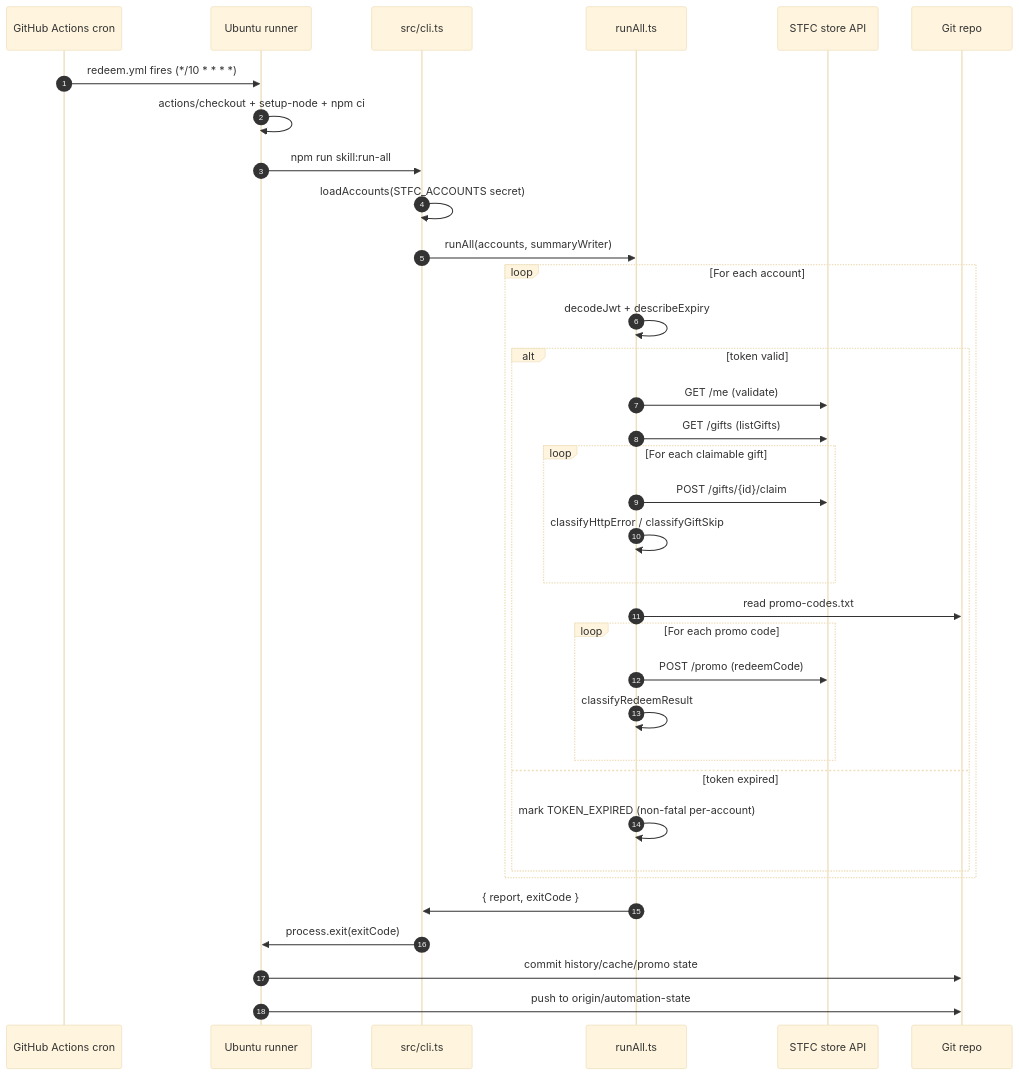
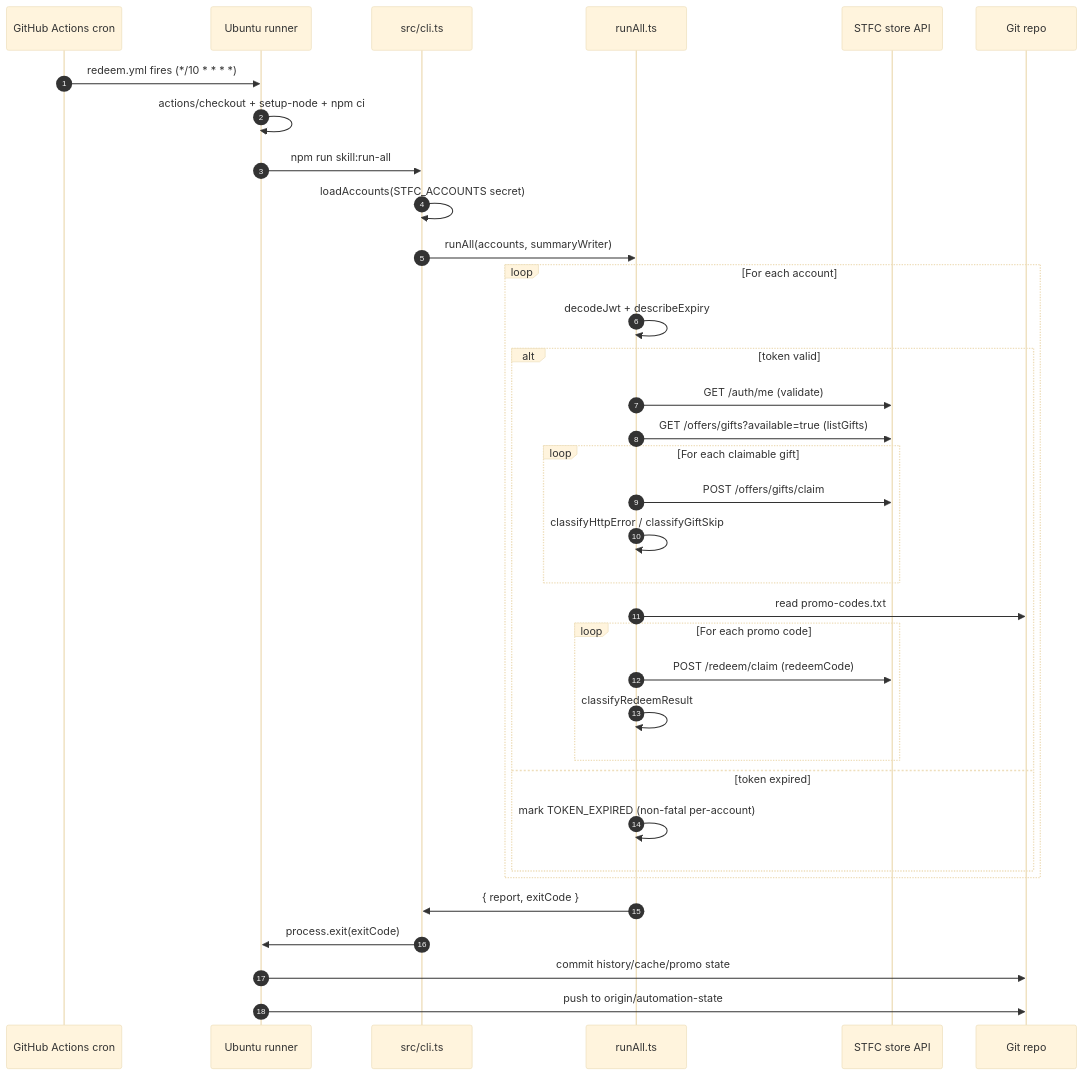
Before and after one commit to Jamula/stfc: the second of 4 diagrams in docs/ARCHITECTURE.md, drawn with Mermaid (base theme). The commit also changed other lines of this file and 22 other files, not shown here.

````diff
--- a/docs/ARCHITECTURE.md
+++ b/docs/ARCHITECTURE.md
@@ -399,38 +389,38 @@
 ```mermaid
 sequenceDiagram
   autonumber
   participant Cron as GitHub Actions cron
   participant Runner as Ubuntu runner
   participant CLI as src/cli.ts
   participant Orch as runAll.ts
   participant API as STFC store API
   participant Repo as Git repo
 
   Cron->>Runner: redeem.yml fires (*/10 * * * *)
   Runner->>Runner: actions/checkout + setup-node + npm ci
   Runner->>CLI: npm run skill:run-all
   CLI->>CLI: loadAccounts(STFC_ACCOUNTS secret)
   CLI->>Orch: runAll(accounts, summaryWriter)
   loop For each account
     Orch->>Orch: decodeJwt + describeExpiry
     alt token valid
-      Orch->>API: GET /me  (validate)
-      Orch->>API: GET /gifts (listGifts)
+      Orch->>API: GET /auth/me  (validate)
+      Orch->>API: GET /offers/gifts?available=true (listGifts)
       loop For each claimable gift
-        Orch->>API: POST /gifts/{id}/claim
+        Orch->>API: POST /offers/gifts/claim
         Orch->>Orch: classifyHttpError / classifyGiftSkip
       end
       Orch->>Repo: read promo-codes.txt
       loop For each promo code
-        Orch->>API: POST /promo (redeemCode)
+        Orch->>API: POST /redeem/claim (redeemCode)
         Orch->>Orch: classifyRedeemResult
       end
     else token expired
       Orch->>Orch: mark TOKEN_EXPIRED (non-fatal per-account)
     end
   end
   Orch->>CLI: { report, exitCode }
   CLI->>Runner: process.exit(exitCode)
   Runner->>Repo: commit history/cache/promo state
   Runner->>Repo: push to origin/automation-state
 ```
````
